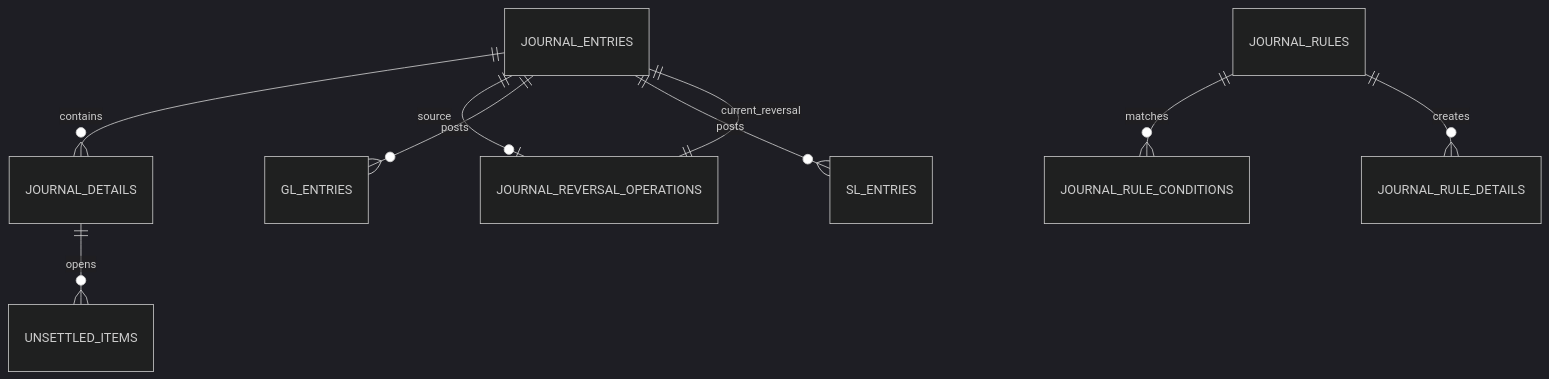
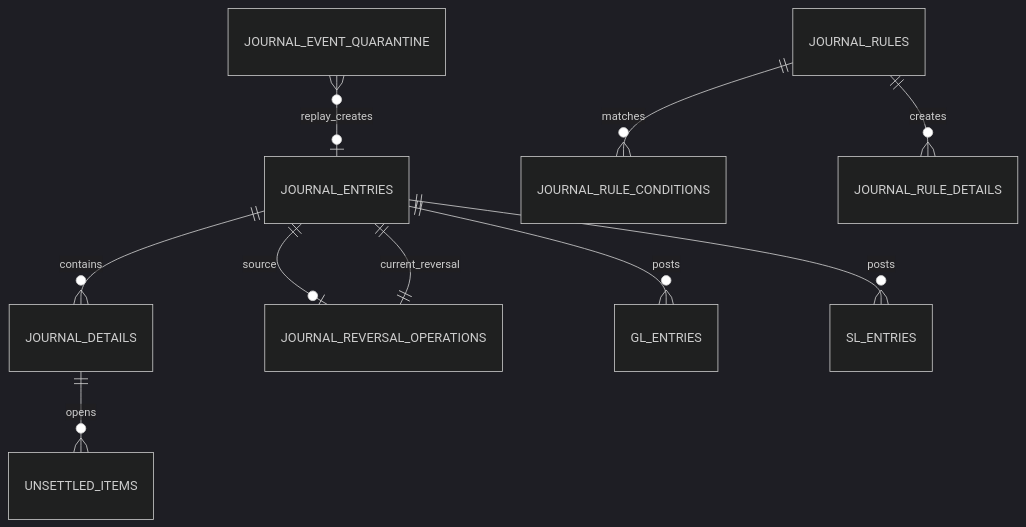
Before and after one commit to skyg547/account: the diagram in journal-ledger/docs/schema.md, drawn with Mermaid (dark theme). The commit also changed other lines of this file and 32 other files, not shown here.

````diff
--- a/journal-ledger/docs/schema.md
+++ b/journal-ledger/docs/schema.md
@@ -7,11 +7,12 @@
 ```mermaid
 erDiagram
     JOURNAL_ENTRIES ||--o{ JOURNAL_DETAILS : contains
     JOURNAL_ENTRIES ||--o| JOURNAL_REVERSAL_OPERATIONS : source
     JOURNAL_REVERSAL_OPERATIONS ||--|| JOURNAL_ENTRIES : current_reversal
     JOURNAL_RULES ||--o{ JOURNAL_RULE_CONDITIONS : matches
     JOURNAL_RULES ||--o{ JOURNAL_RULE_DETAILS : creates
+    JOURNAL_EVENT_QUARANTINE }o--o| JOURNAL_ENTRIES : replay_creates
     JOURNAL_DETAILS ||--o{ UNSETTLED_ITEMS : opens
     JOURNAL_ENTRIES ||--o{ GL_ENTRIES : posts
     JOURNAL_ENTRIES ||--o{ SL_ENTRIES : posts
 ```
````
